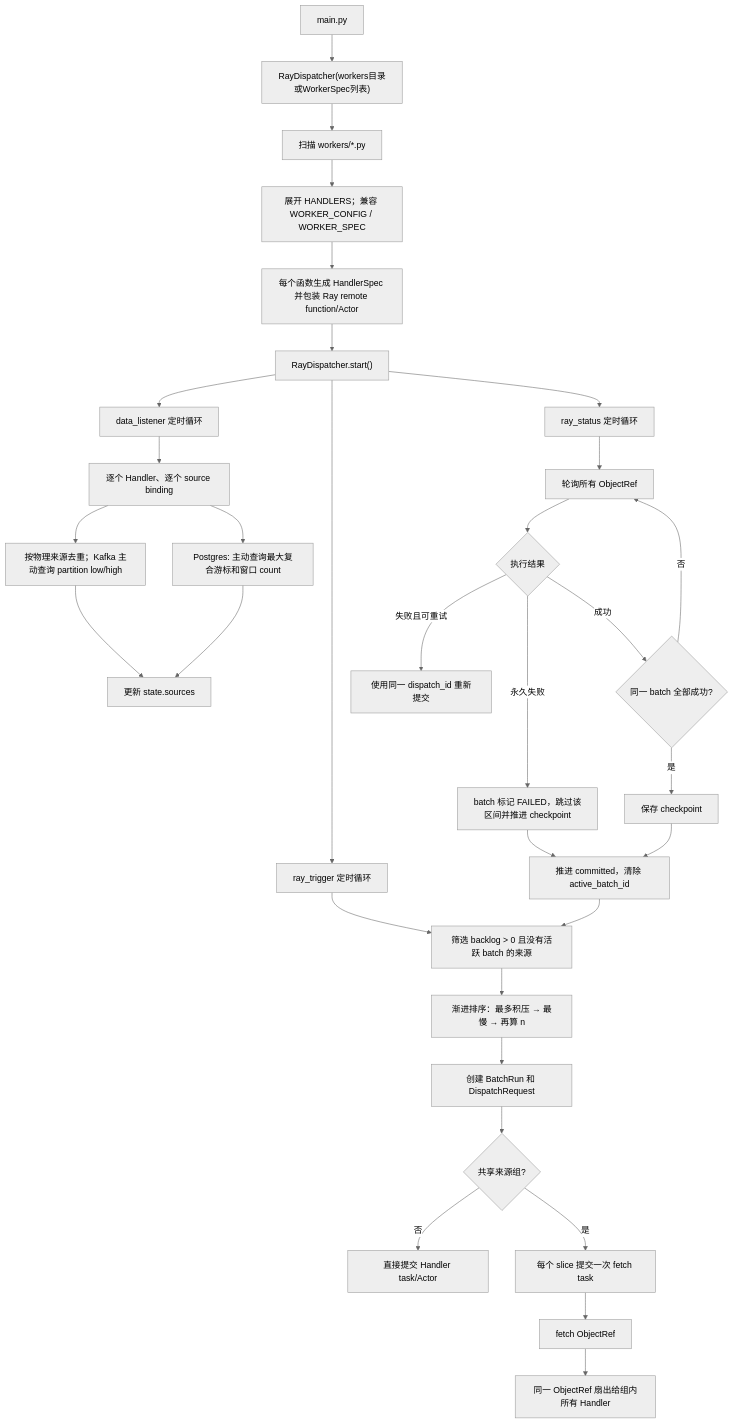
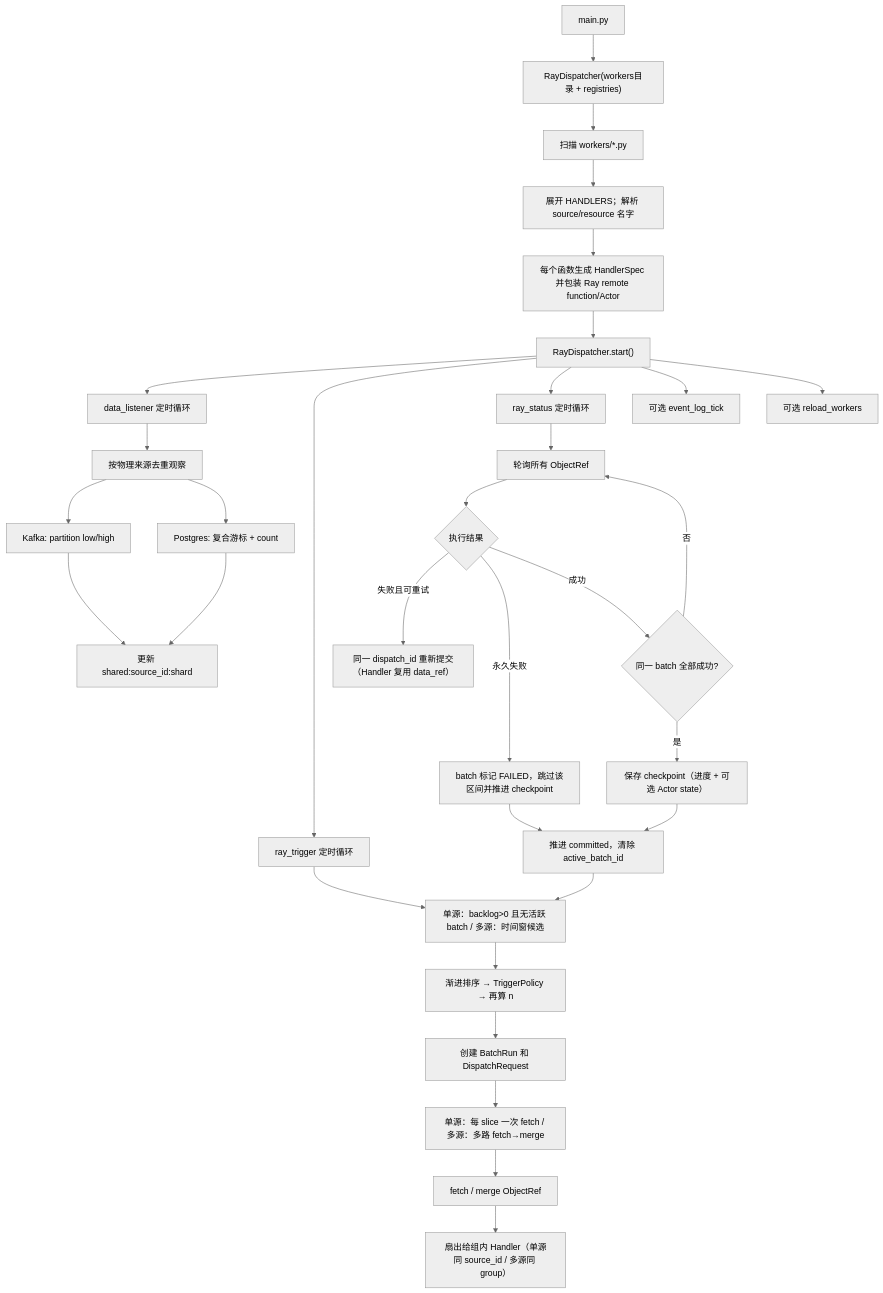
Before and after one commit to fonkalemo-netizen/Dispatcher: the diagram in FLOW.md, drawn with Mermaid (neutral theme). The commit also changed other lines of this file and 51 other files, not shown here.

````diff
--- a/FLOW.md
+++ b/FLOW.md
@@ -5,38 +5,38 @@
 ```mermaid
 flowchart TD
-    A["main.py"] --> B["RayDispatcher(workers目录或WorkerSpec列表)"]
+    A["main.py"] --> B["RayDispatcher(workers目录 + registries)"]
     B --> C["扫描 workers/*.py"]
-    C --> D["展开 HANDLERS；兼容 WORKER_CONFIG / WORKER_SPEC"]
+    C --> D["展开 HANDLERS；解析 source/resource 名字"]
     D --> E["每个函数生成 HandlerSpec 并包装 Ray remote function/Actor"]
     E --> F["RayDispatcher.start()"]
 
     F --> L["data_listener 定时循环"]
     F --> T["ray_trigger 定时循环"]
     F --> S["ray_status 定时循环"]
+    F --> ELOG["可选 event_log_tick"]
+    F --> REL["可选 reload_workers"]
 
-    L --> L1["逐个 Handler、逐个 source binding"]
-    L1 --> K["按物理来源去重；Kafka 主动查询 partition low/high"]
-    L1 --> P["Postgres: 主动查询最大复合游标和窗口 count"]
-    K --> SS["更新 state.sources"]
+    L --> L1["按物理来源去重观察"]
+    L1 --> K["Kafka: partition low/high"]
+    L1 --> P["Postgres: 复合游标 + count"]
+    K --> SS["更新 shared:source_id:shard"]
     P --> SS
 
-    T --> T1["筛选 backlog > 0 且没有活跃 batch 的来源"]
-    T1 --> T2["渐进排序：最多积压 → 最慢 → 再算 n"]
+    T --> T1["单源：backlog>0 且无活跃 batch / 多源：时间窗候选"]
+    T1 --> T2["渐进排序 → TriggerPolicy → 再算 n"]
     T2 --> T3["创建 BatchRun 和 DispatchRequest"]
-    T3 --> T4{"共享来源组?"}
-    T4 -->|否| RS["直接提交 Handler task/Actor"]
-    T4 -->|是| FT["每个 slice 提交一次 fetch task"]
-    FT --> FO["fetch ObjectRef"]
-    FO --> FAN["同一 ObjectRef 扇出给组内所有 Handler"]
+    T3 --> FT["单源：每 slice 一次 fetch / 多源：多路 fetch→merge"]
+    FT --> FO["fetch / merge ObjectRef"]
+    FO --> FAN["扇出给组内 Handler（单源同 source_id / 多源同 group）"]
 
     S --> S1["轮询所有 ObjectRef"]
     S1 --> S2{"执行结果"}
-    S2 -->|失败且可重试| S3["使用同一 dispatch_id 重新提交"]
+    S2 -->|失败且可重试| S3["同一 dispatch_id 重新提交（Handler 复用 data_ref）"]
     S2 -->|永久失败| S4["batch 标记 FAILED，跳过该区间并推进 checkpoint"]
     S2 -->|成功| S5{"同一 batch 全部成功?"}
     S5 -->|否| S1
-    S5 -->|是| S6["保存 checkpoint"]
+    S5 -->|是| S6["保存 checkpoint（进度 + 可选 Actor state）"]
     S6 --> S7["推进 committed，清除 active_batch_id"]
     S4 --> S7
     S7 --> T1
 ```
````
